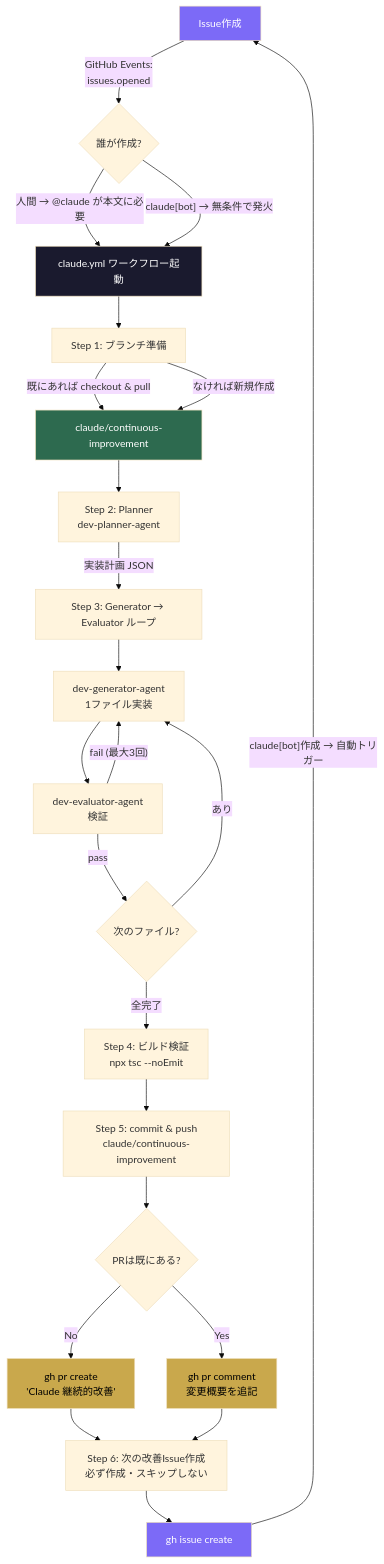
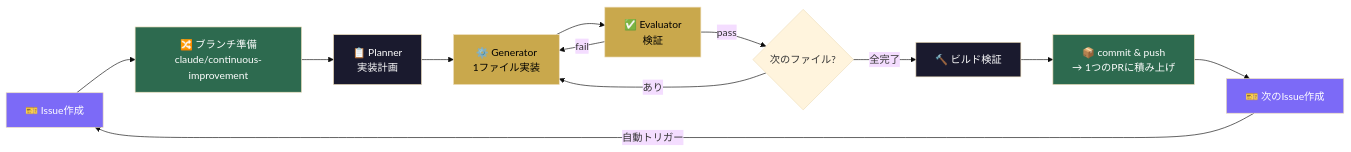
The first of 5 diagrams in docs/claude-loop-architecture.md (RyutoYoda/claude-continuous-loop), drawn with Mermaid (base theme) before and after one commit.

Commit message:
docs: 全体フロー図をLR(左→右)レイアウトに変更

````diff
--- a/docs/claude-loop-architecture.md
+++ b/docs/claude-loop-architecture.md
@@ -5,37 +5,23 @@
 ```mermaid
-flowchart TD
-    A["Issue作成"] -->|"GitHub Events:<br/>issues.opened"| B{"誰が作成?"}
-    B -->|"人間 → @claude が本文に必要"| C["claude.yml ワークフロー起動"]
-    B -->|"claude[bot] → 無条件で発火"| C
-
-    C --> D["Step 1: ブランチ準備"]
-    D -->|"既にあれば checkout & pull"| E["claude/continuous-improvement"]
-    D -->|"なければ新規作成"| E
-
-    E --> F["Step 2: Planner<br/>dev-planner-agent"]
-    F -->|"実装計画 JSON"| G["Step 3: Generator → Evaluator ループ"]
-
-    G --> H["dev-generator-agent<br/>1ファイル実装"]
-    H --> I["dev-evaluator-agent<br/>検証"]
-    I -->|"pass"| J{次のファイル?}
-    I -->|"fail (最大3回)"| H
-    J -->|"あり"| H
-    J -->|"全完了"| K["Step 4: ビルド検証<br/>npx tsc --noEmit"]
-
-    K --> L["Step 5: commit & push<br/>claude/continuous-improvement"]
-    L --> M{"PRは既にある?"}
-    M -->|"No"| N["gh pr create<br/>'Claude 継続的改善'"]
-    M -->|"Yes"| O["gh pr comment<br/>変更概要を追記"]
-    N --> P["Step 6: 次の改善Issue作成<br/>必ず作成・スキップしない"]
-    O --> P
-
-    P --> Q["gh issue create"]
-    Q -->|"claude[bot]作成 → 自動トリガー"| A
+flowchart LR
+    A["🎫 Issue作成"] --> B["🔀 ブランチ準備<br/>claude/continuous-improvement"]
+    B --> C["📋 Planner<br/>実装計画"]
+    C --> D["⚙️ Generator<br/>1ファイル実装"]
+    D --> E["✅ Evaluator<br/>検証"]
+    E -->|"fail"| D
+    E -->|"pass"| F{"次のファイル?"}
+    F -->|"あり"| D
+    F -->|"全完了"| G["🔨 ビルド検証"]
+    G --> H["📦 commit & push<br/>→ 1つのPRに積み上げ"]
+    H --> I["🎫 次のIssue作成"]
+    I -->|"自動トリガー"| A
 
     style A fill:#7c6af7,color:#fff
+    style B fill:#2d6a4f,color:#fff
     style C fill:#1a1a2e,color:#fff
-    style E fill:#2d6a4f,color:#fff
-    style N fill:#c9a84c,color:#000
-    style O fill:#c9a84c,color:#000
-    style Q fill:#7c6af7,color:#fff
+    style D fill:#c9a84c,color:#000
+    style E fill:#c9a84c,color:#000
+    style G fill:#1a1a2e,color:#fff
+    style H fill:#2d6a4f,color:#fff
+    style I fill:#7c6af7,color:#fff
 ```
````
